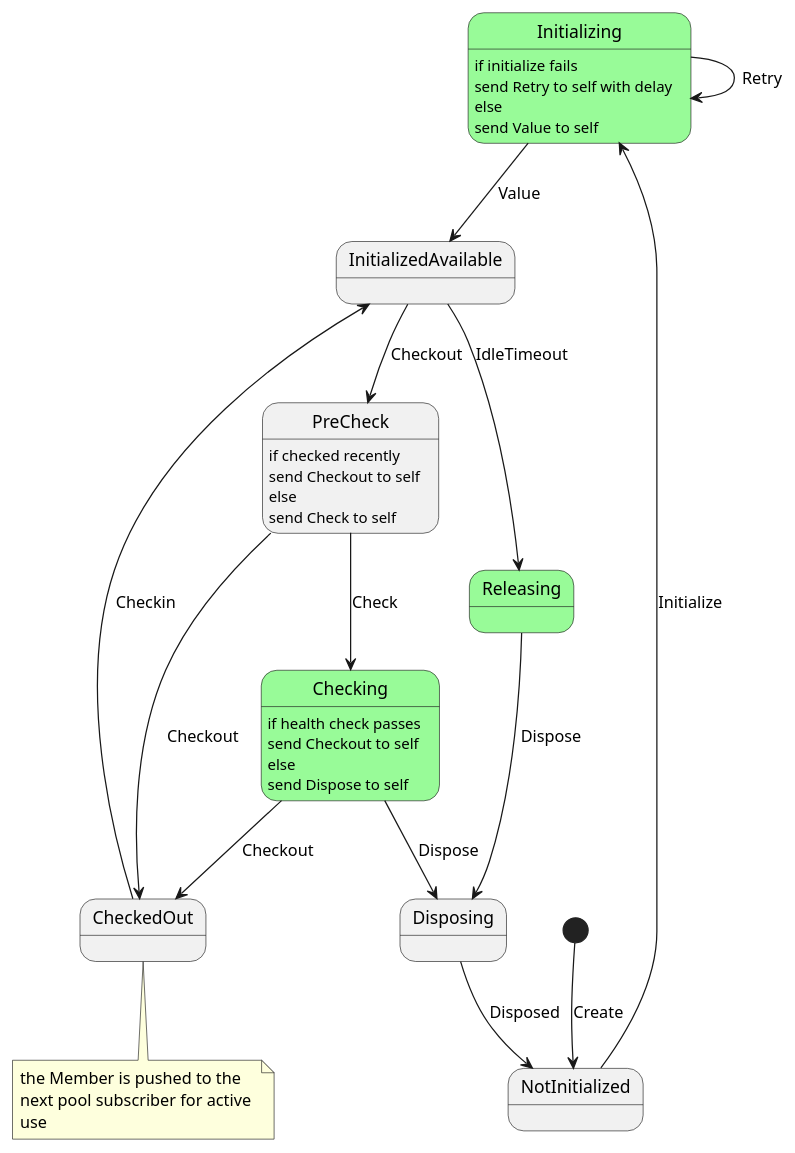
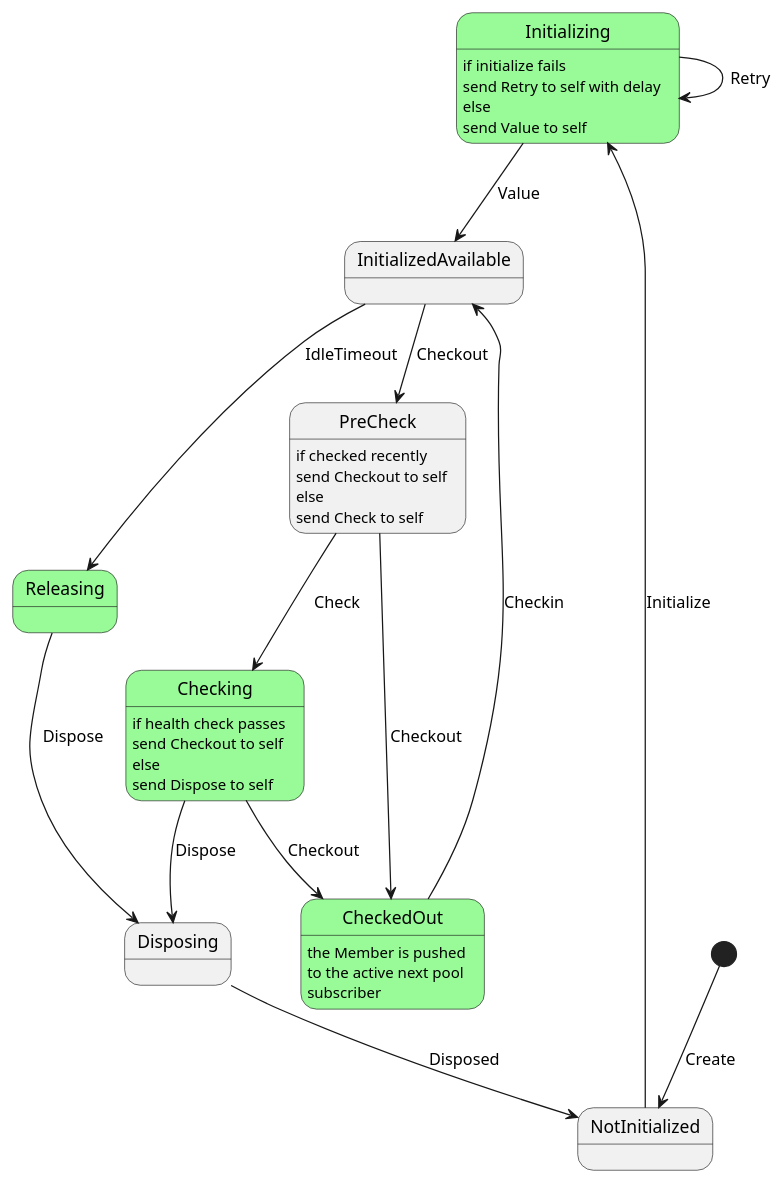
Before and after one commit to davidmoten/rxjava3-pool: the diagram in src/main/plantuml/Member-state-diagram.puml, drawn with PlantUML. The commit also changed 1 other file, not shown here.

Commit message:
update Member-state-diagram

```diff
--- a/src/main/plantuml/Member-state-diagram.puml
+++ b/src/main/plantuml/Member-state-diagram.puml
@@ -1,45 +1,45 @@
 @startuml
 
 state Initializing #palegreen {
 }
 state Checking #palegreen {
 }
 state Releasing #palegreen {
+}
+state CheckedOut #palegreen {
 }
 
 [*] --> NotInitialized: Create
 NotInitialized --> Initializing: Initialize
 Initializing --> InitializedAvailable: Value
 Initializing --> Initializing: Retry
 InitializedAvailable --> PreCheck: Checkout 
 PreCheck --> Checking: Check
 Checking --> Disposing: Dispose
 Checking --> CheckedOut: Checkout
 InitializedAvailable --> Releasing: IdleTimeout
 Releasing --> Disposing: Dispose 
 Disposing --> NotInitialized: Disposed
 CheckedOut --> InitializedAvailable: Checkin
 PreCheck --> CheckedOut: Checkout
 
 Initializing: if initialize fails
 Initializing: send Retry to self with delay
 Initializing: else 
 Initializing: send Value to self
 
 PreCheck: if checked recently
 PreCheck: send Checkout to self
 PreCheck: else 
 PreCheck: send Check to self
 
 Checking: if health check passes
 Checking: send Checkout to self
 Checking: else
 Checking: send Dispose to self
 
-note bottom of CheckedOut
-  the Member is pushed to the 
-  next pool subscriber for active 
-  use
-end note
+CheckedOut: the Member is pushed 
+CheckedOut: to the active next pool 
+CheckedOut: subscriber
 
 @enduml
```
